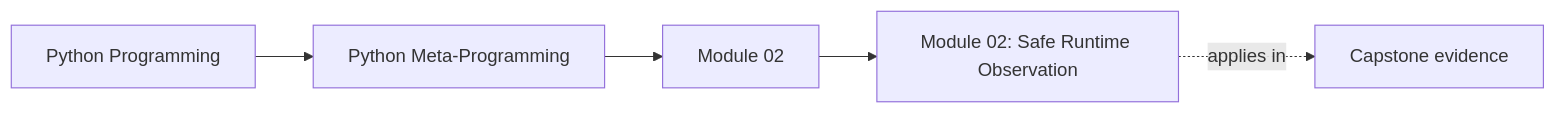
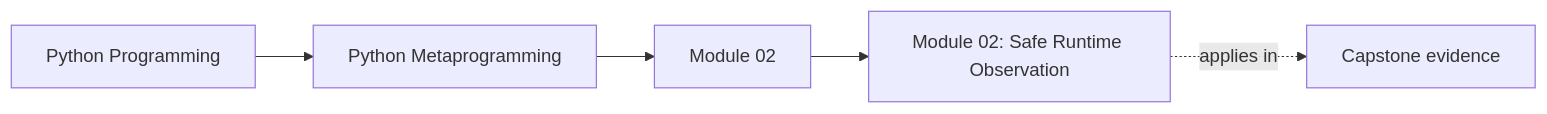
The first of 4 diagrams in programs/python-programming/python-meta-programming/course-book/module-02-safe-runtime-observation/index.md (bijux/bijux-masterclass), drawn with Mermaid before and after one commit. The commit also changed 17 other files, not shown here.

Commit message:
docs(meta): normalize metaprogramming naming

````diff
--- a/programs/python-programming/python-meta-programming/course-book/module-02-safe-runtime-observation/index.md
+++ b/programs/python-programming/python-meta-programming/course-book/module-02-safe-runtime-observation/index.md
@@ -8,11 +8,11 @@
 ```mermaid
 graph LR
   family["Python Programming"]
-  program["Python Meta-Programming"]
+  program["Python Metaprogramming"]
   section["Module 02"]
   page["Module 02: Safe Runtime Observation"]
   capstone["Capstone evidence"]
 
   family --> program --> section --> page
   page -.applies in.-> capstone
 ```
````
